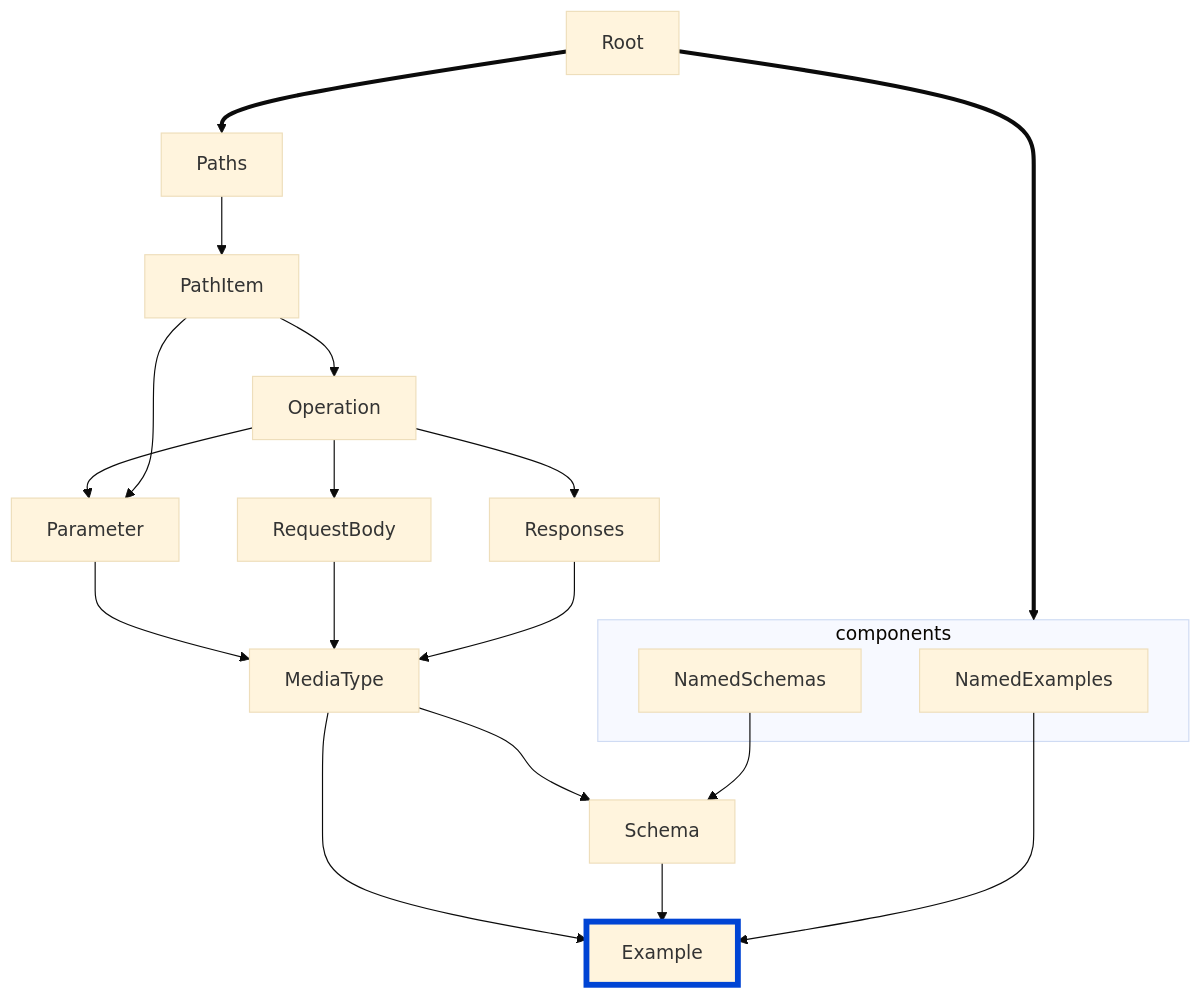
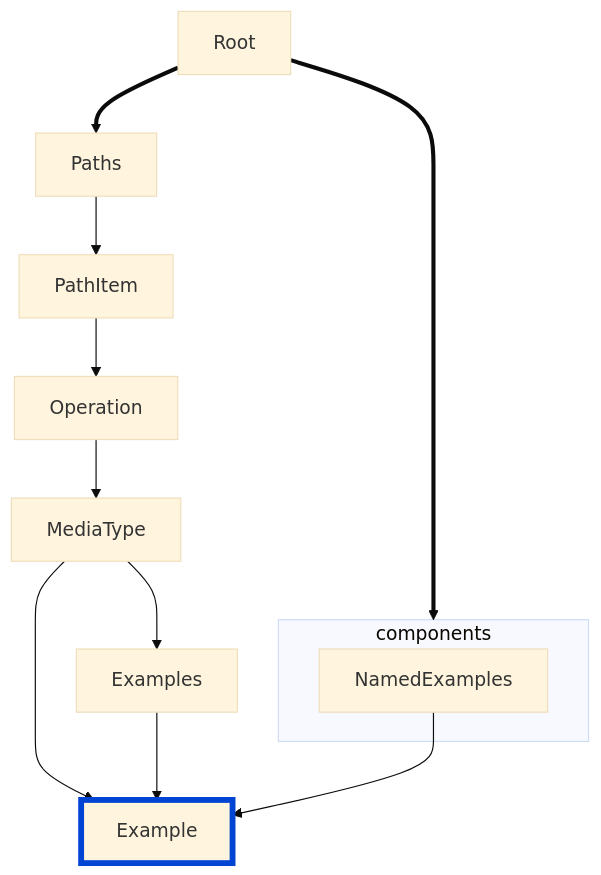
Before and after one commit to Redocly/redocly-cli: the diagram in docs/@v2/rules/oas/spec-example-values.md, drawn with Mermaid (base theme). The commit also changed other lines of this file and 36 other files, not shown here.

````diff
--- a/docs/@v2/rules/oas/spec-example-values.md
+++ b/docs/@v2/rules/oas/spec-example-values.md
@@ -16,19 +16,14 @@
 ```mermaid
 flowchart TD
 
-Root ==> Paths --> PathItem --> Operation --> Parameter --> MediaType
-PathItem --> Parameter
-Operation --> RequestBody --> MediaType --> Example
-Operation --> Responses --> MediaType
-MediaType --> Schema --> Example
+Root ==> Paths --> PathItem --> Operation --> MediaType --> Example
+MediaType --> Examples --> Example
+Root ==> components
 NamedExamples --> Example
-NamedSchemas --> Schema
-Root ==> components
 
 subgraph components
 NamedExamples
-NamedSchemas
 end
 
 style Example fill:#codaf9,stroke:#0044d4,stroke-width:5px
 ```
````
